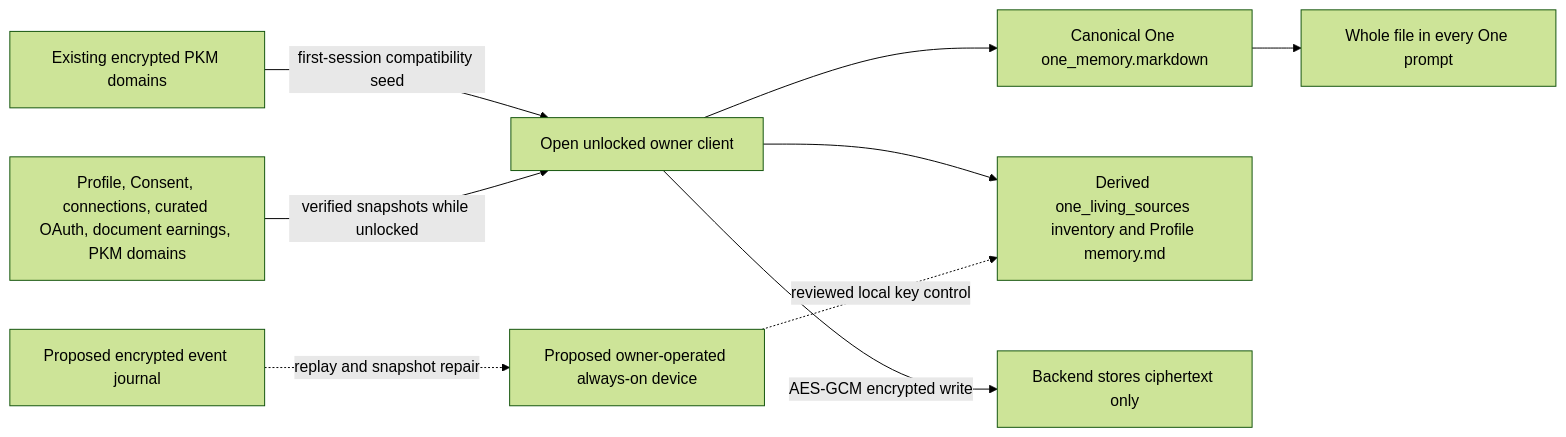
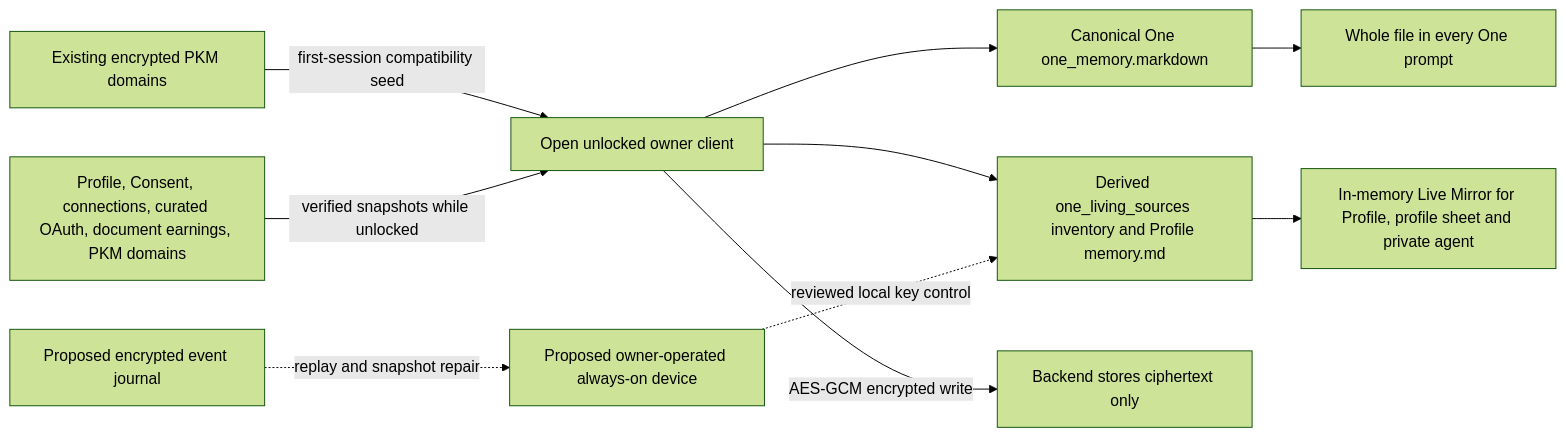
The diagram in docs/reference/architecture/living-memory-freshness-adr.md (hushh-labs/hushh-research), drawn with Mermaid (forest theme) before and after one commit. The commit also changed other lines of this file and 3 other files, not shown here.

````diff
--- a/docs/reference/architecture/living-memory-freshness-adr.md
+++ b/docs/reference/architecture/living-memory-freshness-adr.md
@@ -8,11 +8,12 @@
 ```mermaid
 flowchart LR
   Legacy[Existing encrypted PKM domains] -->|first-session compatibility seed| Client[Open unlocked owner client]
   Client --> ChatMemory[Canonical One one_memory.markdown]
   ChatMemory --> Prompt[Whole file in every One prompt]
   Sources[Profile, Consent, connections, curated OAuth, document earnings, PKM domains] -->|verified snapshots while unlocked| Client
   Client --> Living[Derived one_living_sources inventory and Profile memory.md]
+  Living --> Mirror[In-memory Live Mirror for Profile, profile sheet and private agent]
   Client -->|AES-GCM encrypted write| Backend[Backend stores ciphertext only]
   Journal[Proposed encrypted event journal] -. replay and snapshot repair .-> Device[Proposed owner-operated always-on device]
   Device -. reviewed local key control .-> Living
 ```
````
